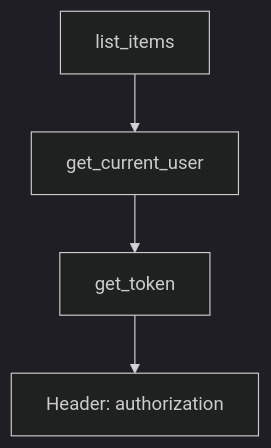
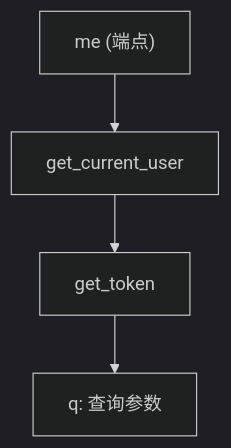
The first of 2 diagrams in docs/docs/04-dependency-injection/index.md (wanglh39/fastapi-learning), drawn with Mermaid (dark theme) before and after one commit. The commit also changed other lines of this file and 5 other files, not shown here.

````diff
--- a/docs/docs/04-dependency-injection/index.md
+++ b/docs/docs/04-dependency-injection/index.md
@@ -58,6 +254,6 @@
 ```mermaid
 graph TD
-    A[list_items] --> B[get_current_user]
-    B --> C[get_token]
-    C --> D[Header: authorization]
+    A["me (端点)"] --> B["get_current_user"]
+    B --> C["get_token"]
+    C --> D["q: 查询参数"]
 ```
````
